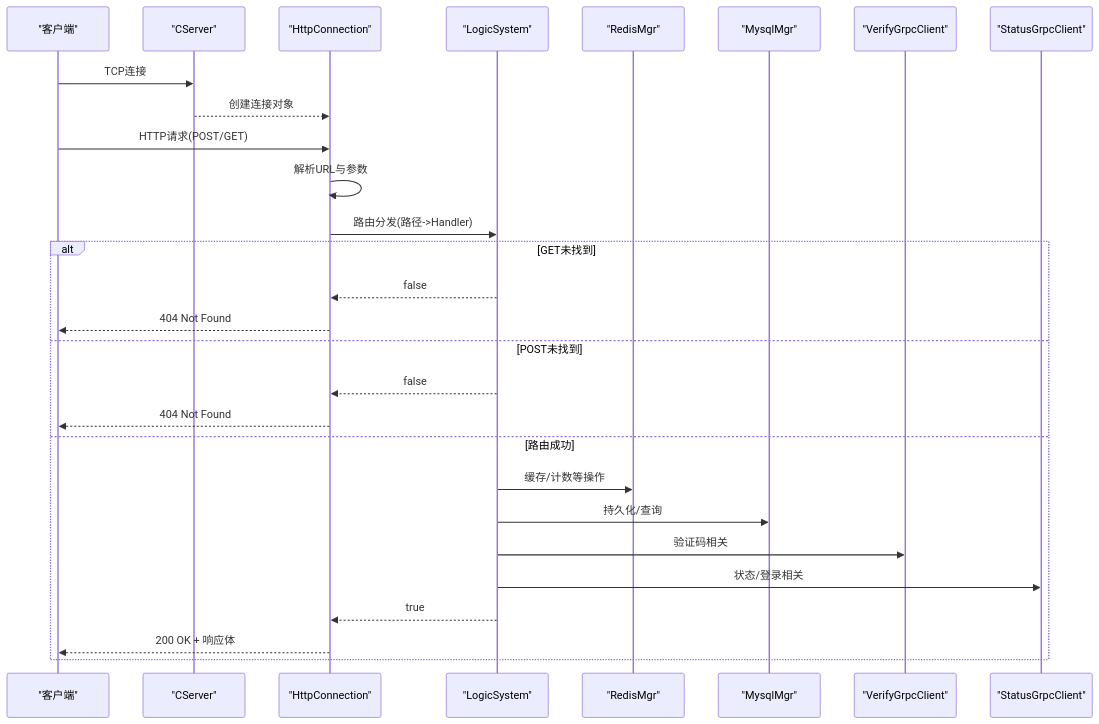
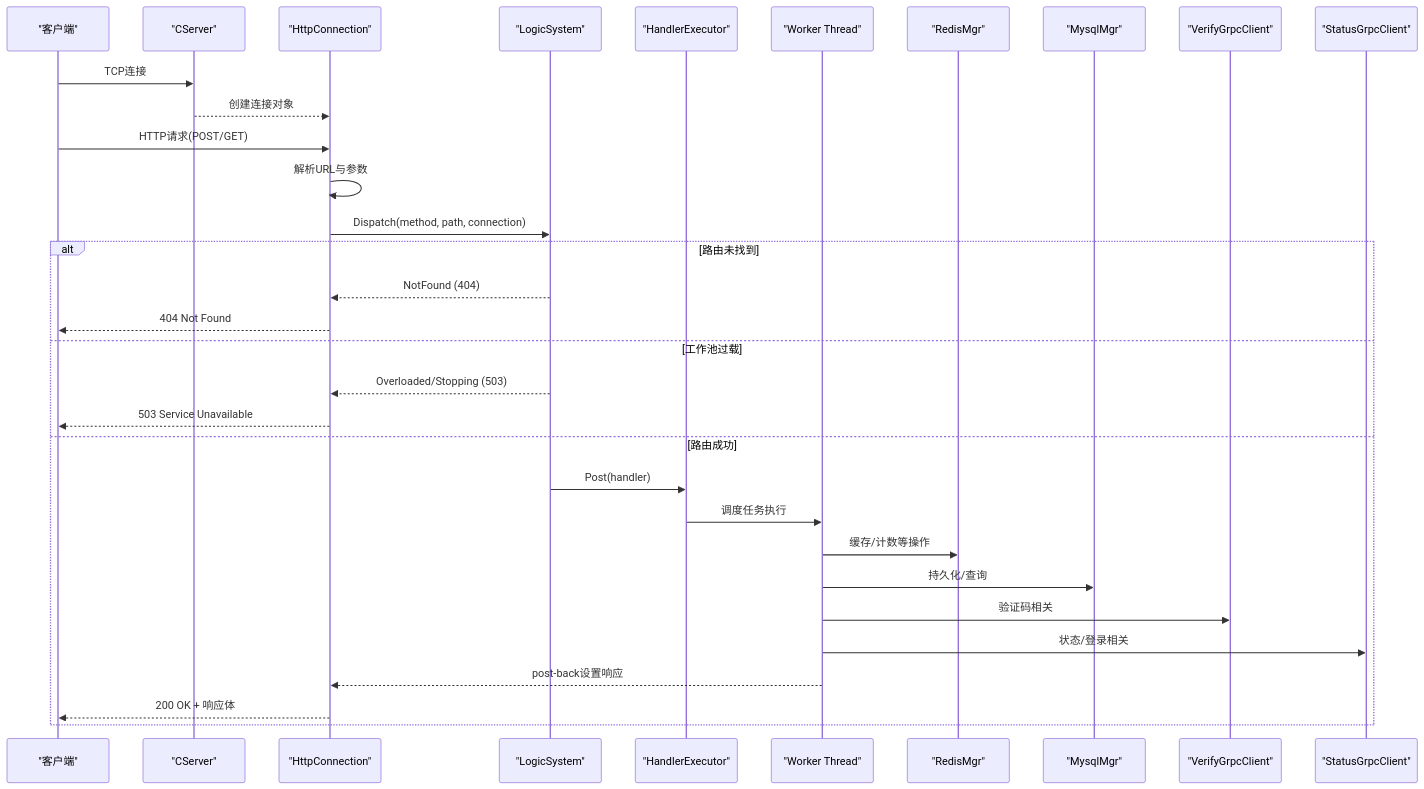
Before and after one commit to echo9923/mychatter: the second of 7 diagrams in .qoder/repowiki/zh/content/服务端开发/GateServer HTTP网关服务.md, drawn with Mermaid. The commit also changed other lines of this file and 54 other files, not shown here.

````diff
--- a/.qoder/repowiki/zh/content/服务端开发/GateServer HTTP网关服务.md
+++ b/.qoder/repowiki/zh/content/服务端开发/GateServer HTTP网关服务.md
@@ -112,30 +129,34 @@
 ```mermaid
 sequenceDiagram
 participant Client as "客户端"
 participant Server as "CServer"
 participant Conn as "HttpConnection"
 participant Router as "LogicSystem"
+participant Executor as "HandlerExecutor"
+participant Worker as "Worker Thread"
 participant Redis as "RedisMgr"
 participant MySQL as "MysqlMgr"
 participant GRPCV as "VerifyGrpcClient"
 participant GRPCS as "StatusGrpcClient"
 Client->>Server : TCP连接
 Server-->>Conn : 创建连接对象
 Client->>Conn : HTTP请求(POST/GET)
 Conn->>Conn : 解析URL与参数
-Conn->>Router : 路由分发(路径->Handler)
-alt GET未找到
-Router-->>Conn : false
+Conn->>Router : Dispatch(method, path, connection)
+alt 路由未找到
+Router-->>Conn : NotFound (404)
 Conn-->>Client : 404 Not Found
-else POST未找到
-Router-->>Conn : false
-Conn-->>Client : 404 Not Found
+else 工作池过载
+Router-->>Conn : Overloaded/Stopping (503)
+Conn-->>Client : 503 Service Unavailable
 else 路由成功
-Router->>Redis : 缓存/计数等操作
-Router->>MySQL : 持久化/查询
-Router->>GRPCV : 验证码相关
-Router->>GRPCS : 状态/登录相关
-Router-->>Conn : true
+Router->>Executor : Post(handler)
+Executor->>Worker : 调度任务执行
+Worker->>Redis : 缓存/计数等操作
+Worker->>MySQL : 持久化/查询
+Worker->>GRPCV : 验证码相关
+Worker->>GRPCS : 状态/登录相关
+Worker-->>Conn : post-back设置响应
 Conn-->>Client : 200 OK + 响应体
 end
 ```
````
